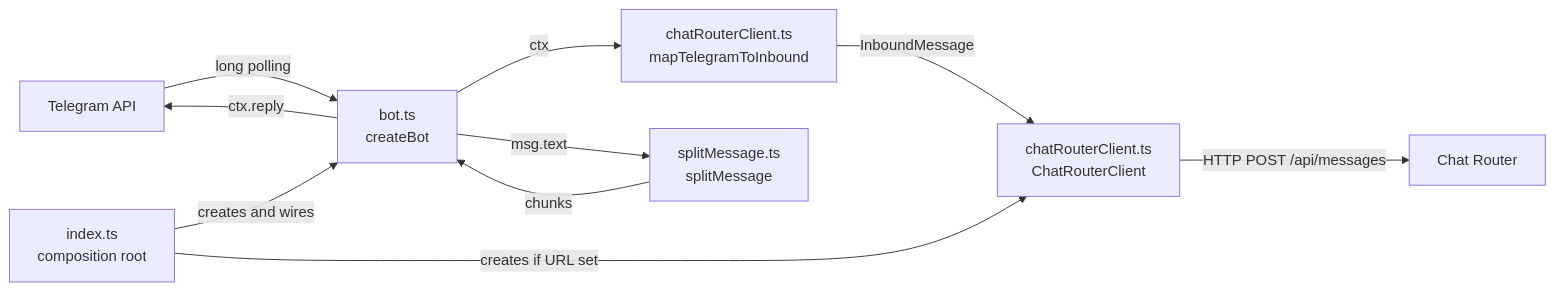
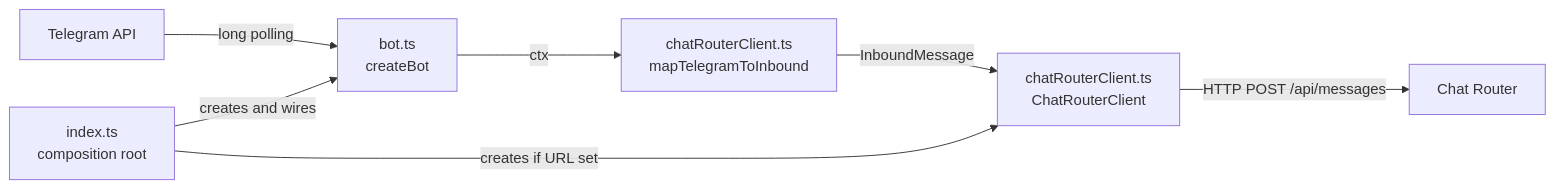
Before and after one commit to Jtonna/multi-tenant-telegram-daemon: the first of 3 diagrams in docs/chat-router-plugin/architecture.md, drawn with Mermaid. The commit also changed other lines of this file and 2 other files, not shown here.

````diff
--- a/docs/chat-router-plugin/architecture.md
+++ b/docs/chat-router-plugin/architecture.md
@@ -49,12 +53,9 @@
 ```mermaid
 graph LR
     TG[Telegram API] -->|long polling| Bot["bot.ts\ncreateBot"]
     Bot -->|ctx| Mapper["chatRouterClient.ts\nmapTelegramToInbound"]
     Mapper -->|InboundMessage| Client["chatRouterClient.ts\nChatRouterClient"]
     Client -->|HTTP POST /api/messages| CR[Chat Router]
-    Bot -->|msg.text| Split["splitMessage.ts\nsplitMessage"]
-    Split -->|chunks| Bot
-    Bot -->|ctx.reply| TG
     Entry["index.ts\ncomposition root"] -->|creates and wires| Bot
     Entry -->|creates if URL set| Client
 ```
````
